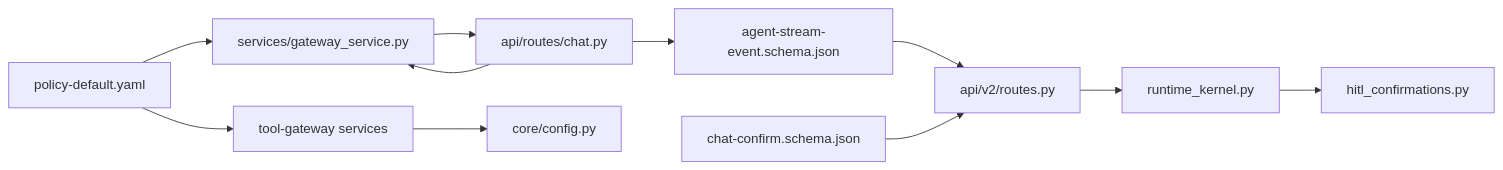
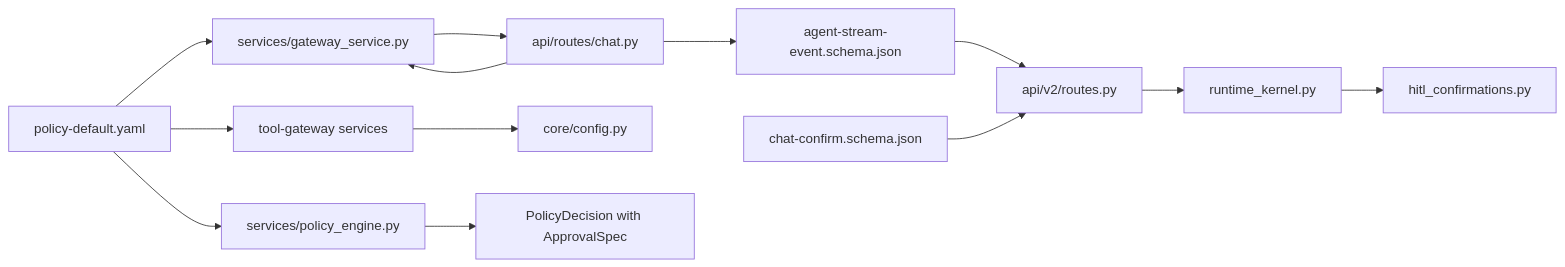
Before and after one commit to metasync/luban-aiops: the tenth of 10 diagrams in .qoder/repowiki/en/content/Agent Platform Service/HITL Confirmation Bridging (SPEC-020).md, drawn with Mermaid. The commit also changed other lines of this file and 7 other files, not shown here.

````diff
--- a/.qoder/repowiki/en/content/Agent Platform Service/HITL Confirmation Bridging (SPEC-020).md
+++ b/.qoder/repowiki/en/content/Agent Platform Service/HITL Confirmation Bridging (SPEC-020).md
@@ -407,13 +473,15 @@
 ```mermaid
 graph LR
 SCHEMA["agent-stream-event.schema.json"] --> ROUTES["api/v2/routes.py"]
 CONFIRM_SCHEMA["chat-confirm.schema.json"] --> ROUTES
 POLICY["policy-default.yaml"] --> GWSVC["services/gateway_service.py"]
 POLICY --> TGSVC["tool-gateway services"]
+POLICY --> PE["services/policy_engine.py"]
 GWSVC --> CHATROUTE["api/routes/chat.py"]
 ROUTES --> KERNEL["runtime_kernel.py"]
 KERNEL --> REGISTRY["hitl_confirmations.py"]
 CHATROUTE --> GWSVC
 CHATROUTE --> SCHEMA
 TGSVC --> CONFIG["core/config.py"]
+PE --> DECISION["PolicyDecision with ApprovalSpec"]
 ```
````
